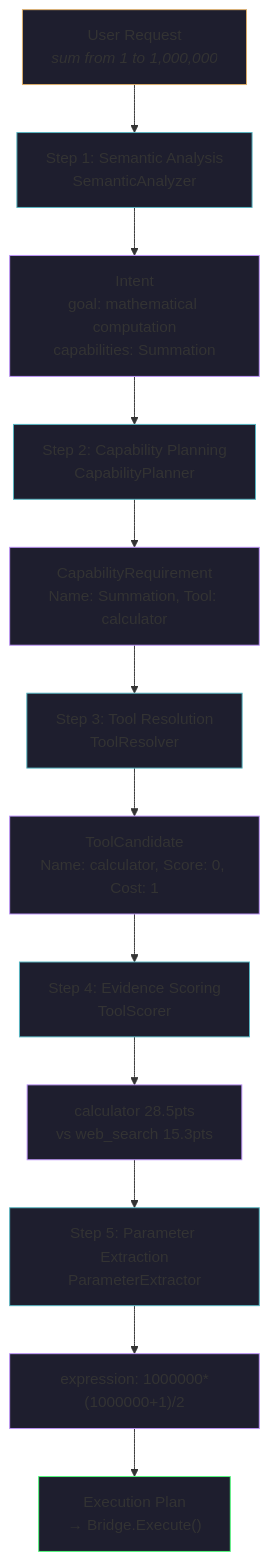
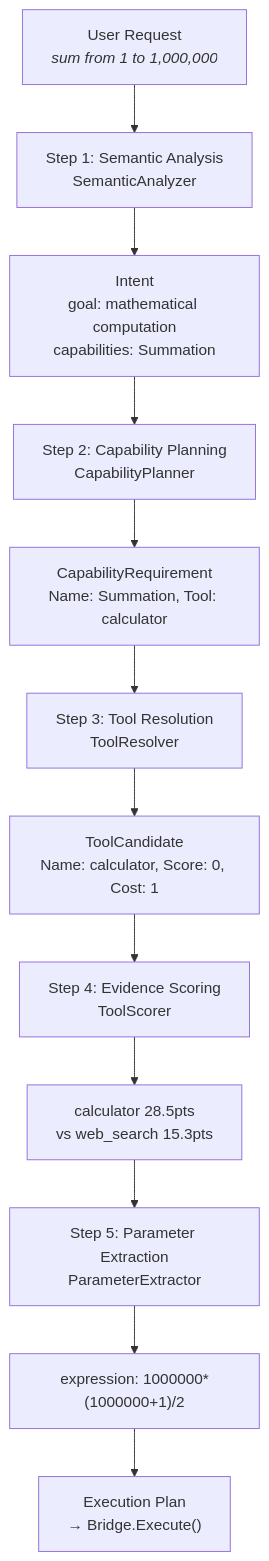
Before and after one commit to Timwood0x10/myblog: the third of 3 diagrams in content/log/ARES/05-tool-system-deep-dive.md, drawn with Mermaid. The commit also changed other lines of this file and 11 other files, not shown here.

Commit message:
refactor(theme): unify Mermaid chart theme styles

````diff
--- a/content/log/ARES/05-tool-system-deep-dive.md
+++ b/content/log/ARES/05-tool-system-deep-dive.md
@@ -230,27 +223,15 @@
 ```mermaid
 flowchart TD
     U["User Request<br/><i>sum from 1 to 1,000,000</i>"] --> S1
     S1["Step 1: Semantic Analysis<br/>SemanticAnalyzer"] --> S1O["Intent<br/>goal: mathematical computation<br/>capabilities: Summation"]
     S1O --> S2
     S2["Step 2: Capability Planning<br/>CapabilityPlanner"] --> S2O["CapabilityRequirement<br/>Name: Summation, Tool: calculator"]
     S2O --> S3
     S3["Step 3: Tool Resolution<br/>ToolResolver"] --> S3O["ToolCandidate<br/>Name: calculator, Score: 0, Cost: 1"]
     S3O --> S4
     S4["Step 4: Evidence Scoring<br/>ToolScorer"] --> S4O["calculator 28.5pts<br/>vs web_search 15.3pts"]
     S4O --> S5
     S5["Step 5: Parameter Extraction<br/>ParameterExtractor"] --> S5O["expression: 1000000*(1000000+1)/2"]
     S5O --> EP["Execution Plan<br/>→ Bridge.Execute()"]
 
-    style U fill:#1e1e2e,stroke:#e0af68
-    style S1 fill:#1e1e2e,stroke:#56b6c2
-    style S1O fill:#1e1e2e,stroke:#bd93f9
-    style S2 fill:#1e1e2e,stroke:#56b6c2
-    style S2O fill:#1e1e2e,stroke:#bd93f9
-    style S3 fill:#1e1e2e,stroke:#56b6c2
-    style S3O fill:#1e1e2e,stroke:#bd93f9
-    style S4 fill:#1e1e2e,stroke:#56b6c2
-    style S4O fill:#1e1e2e,stroke:#bd93f9
-    style S5 fill:#1e1e2e,stroke:#56b6c2
-    style S5O fill:#1e1e2e,stroke:#bd93f9
-    style EP fill:#1e1e2e,stroke:#50fa7b
 ```
````
